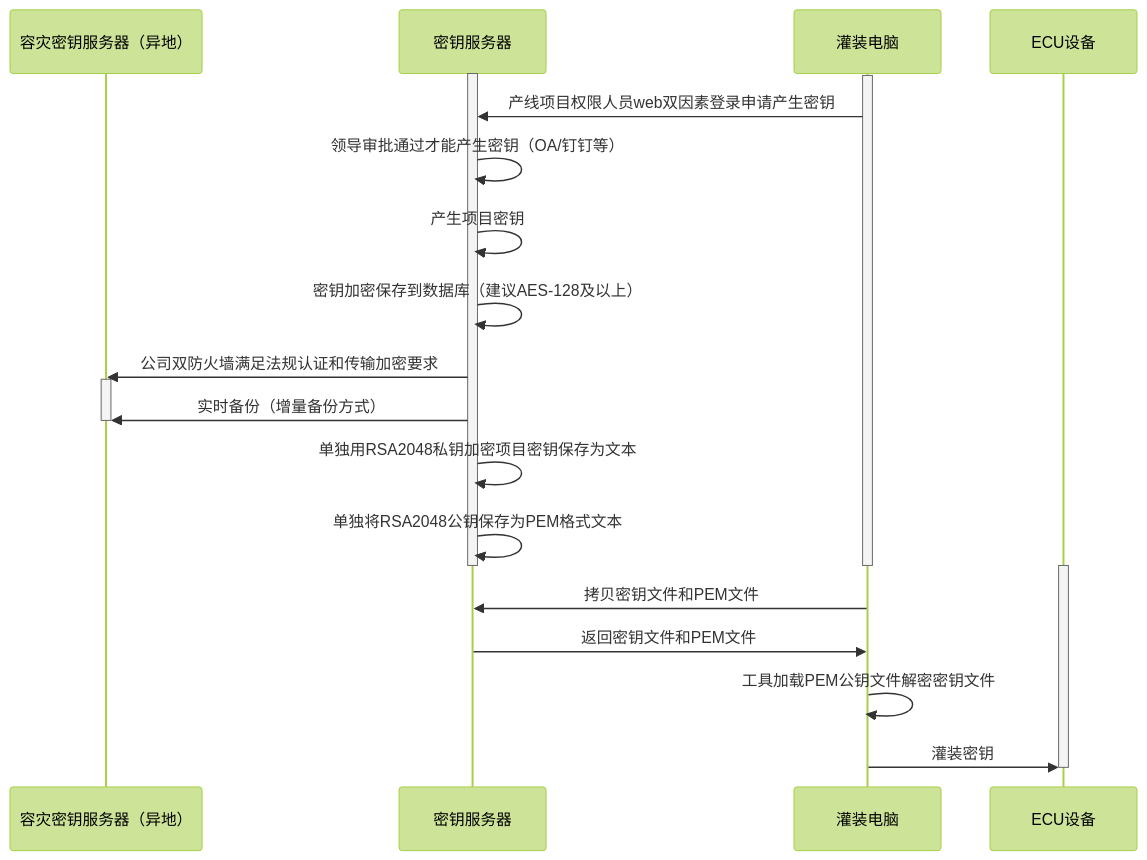
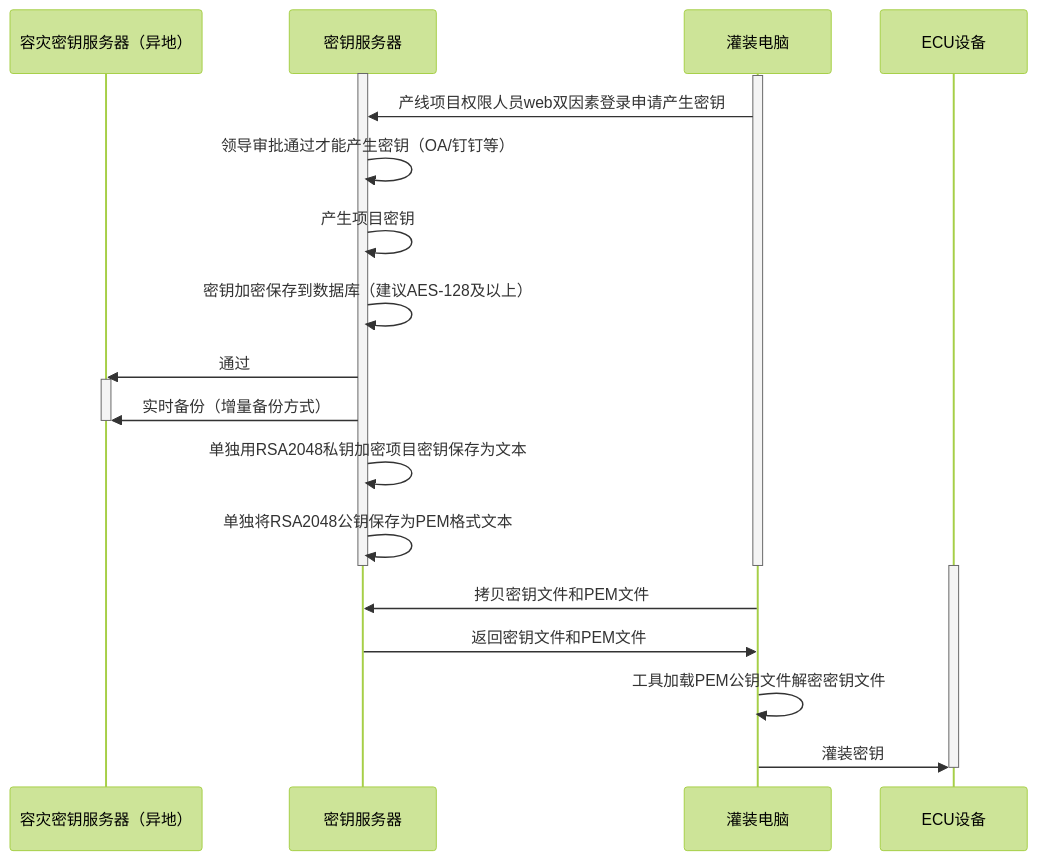
Before and after one commit to facebook-cloud/iodraw-files: the diagram in all/未命名-15.md, drawn with Mermaid (forest theme).

Commit message:
2026-02-11 19:31:31 update

````diff
--- a/all/未命名-15.md
+++ b/all/未命名-15.md
@@ -1,31 +1,31 @@
 ```mermaid
 sequenceDiagram
     participant A as 容灾密钥服务器（异地）
     participant B as 密钥服务器
     participant D as 灌装电脑
     participant E as ECU设备
 
     activate B
     activate D
     D->>B: 产线项目权限人员web双因素登录申请产生密钥
     B->>B: 领导审批通过才能产生密钥（OA/钉钉等）
     B->>B: 产生项目密钥
     B->>B: 密钥加密保存到数据库（建议AES-128及以上）
-    B->>A: 公司双防火墙满足法规认证和传输加密要求
+    B->>A: 通过
 
     activate A
     B->>A: 实时备份（增量备份方式）
     deactivate A
     B->>B: 单独用RSA2048私钥加密项目密钥保存为文本
     B->>B: 单独将RSA2048公钥保存为PEM格式文本
     deactivate B
     deactivate D
 
     activate E
     D->>B: 拷贝密钥文件和PEM文件
     B->>D: 返回密钥文件和PEM文件
     D->>D:工具加载PEM公钥文件解密密钥文件
     D->>E: 灌装密钥
     deactivate E
 
 ```
````
